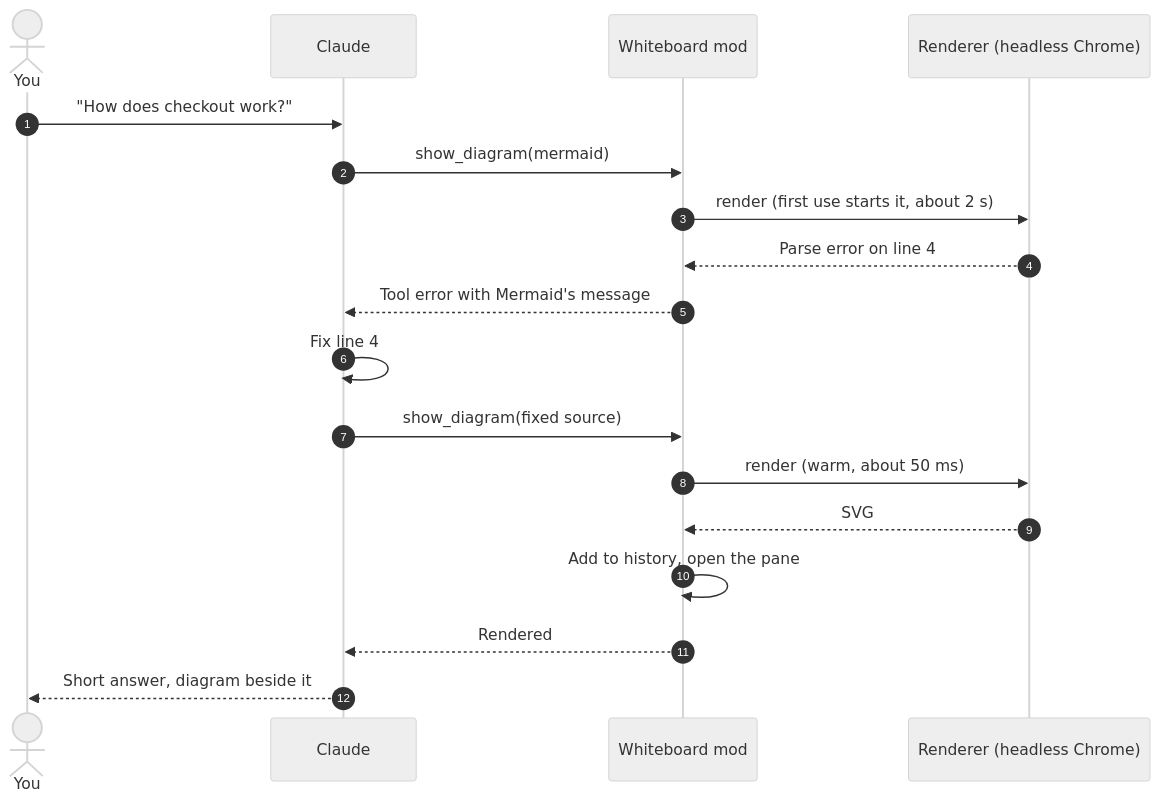
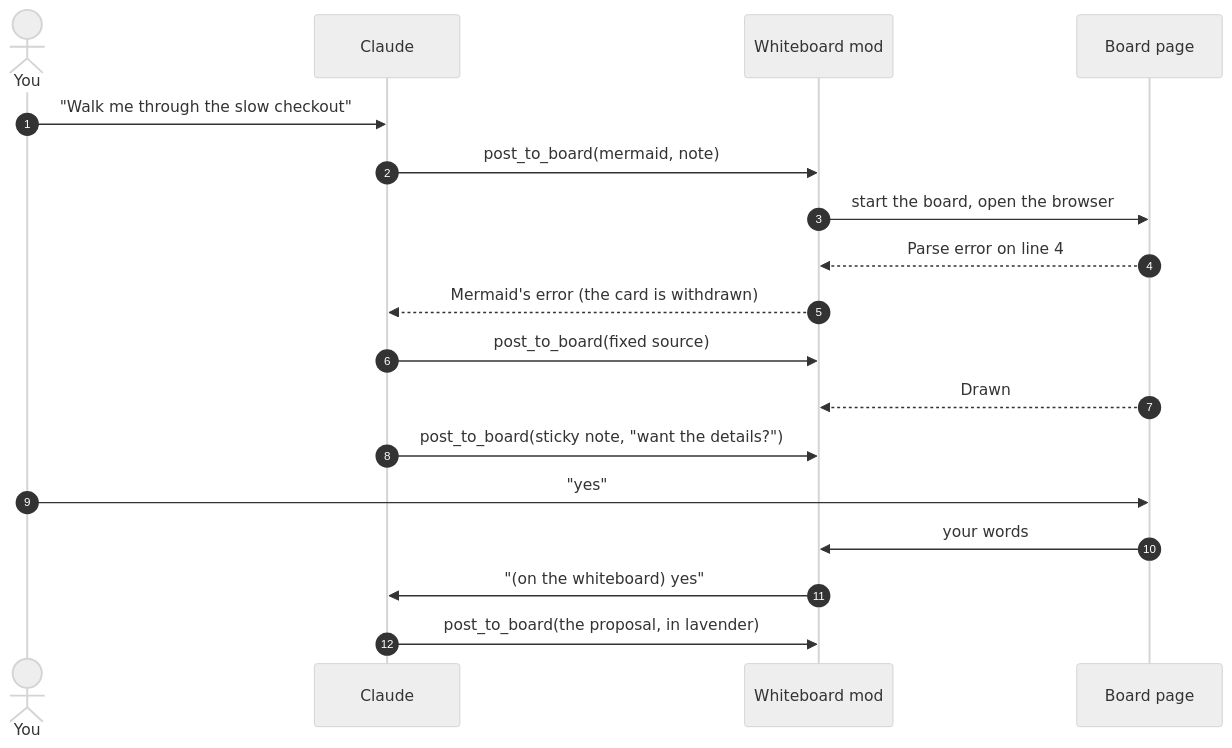
Before and after one commit to mazzucci/whiteboard: the second of 2 diagrams in README.md, drawn with Mermaid (neutral theme). The commit also changed other lines of this file and 6 other files, not shown here.

First line of the commit message:
README for 0.2: the board in the browser, sticky notes, colours by question

````diff
--- a/README.md
+++ b/README.md
@@ -90,21 +96,21 @@
 ```mermaid
 sequenceDiagram
   autonumber
   actor You
   participant C as Claude
   participant W as Whiteboard mod
-  participant R as Renderer (headless Chrome)
+  participant P as Board page
 
-  You->>C: "How does checkout work?"
-  C->>W: show_diagram(mermaid)
-  W->>R: render (first use starts it, about 2 s)
-  R-->>W: Parse error on line 4
-  W-->>C: Tool error with Mermaid's message
-  C->>C: Fix line 4
-  C->>W: show_diagram(fixed source)
-  W->>R: render (warm, about 50 ms)
-  R-->>W: SVG
-  W->>W: Add to history, open the pane
-  W-->>C: Rendered
-  C-->>You: Short answer, diagram beside it
+  You->>C: "Walk me through the slow checkout"
+  C->>W: post_to_board(mermaid, note)
+  W->>P: start the board, open the browser
+  P-->>W: Parse error on line 4
+  W-->>C: Mermaid's error (the card is withdrawn)
+  C->>W: post_to_board(fixed source)
+  P-->>W: Drawn
+  C->>W: post_to_board(sticky note, "want the details?")
+  You->>P: "yes"
+  P->>W: your words
+  W->>C: "(on the whiteboard) yes"
+  C->>W: post_to_board(the proposal, in lavender)
 ```
````
